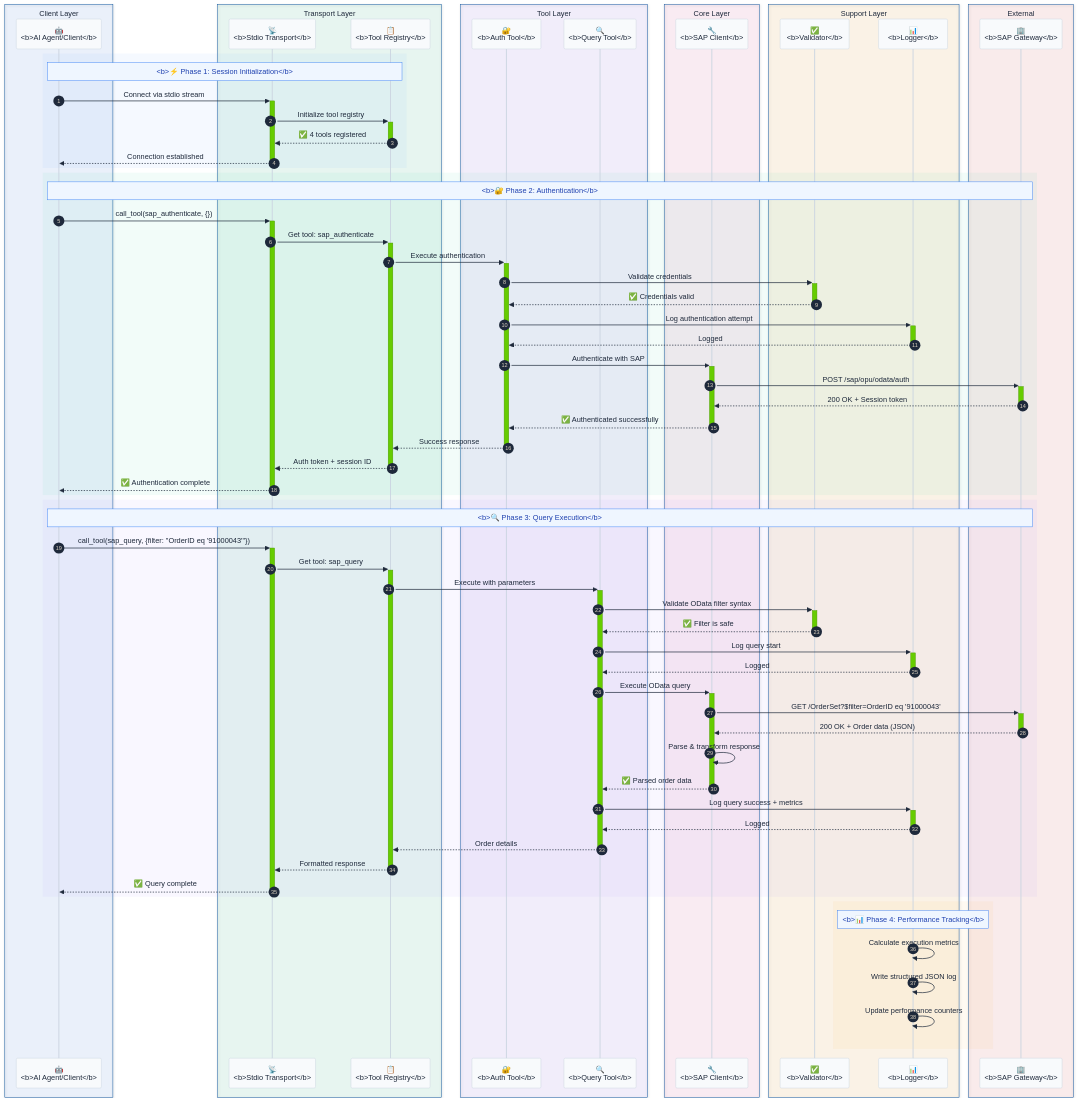
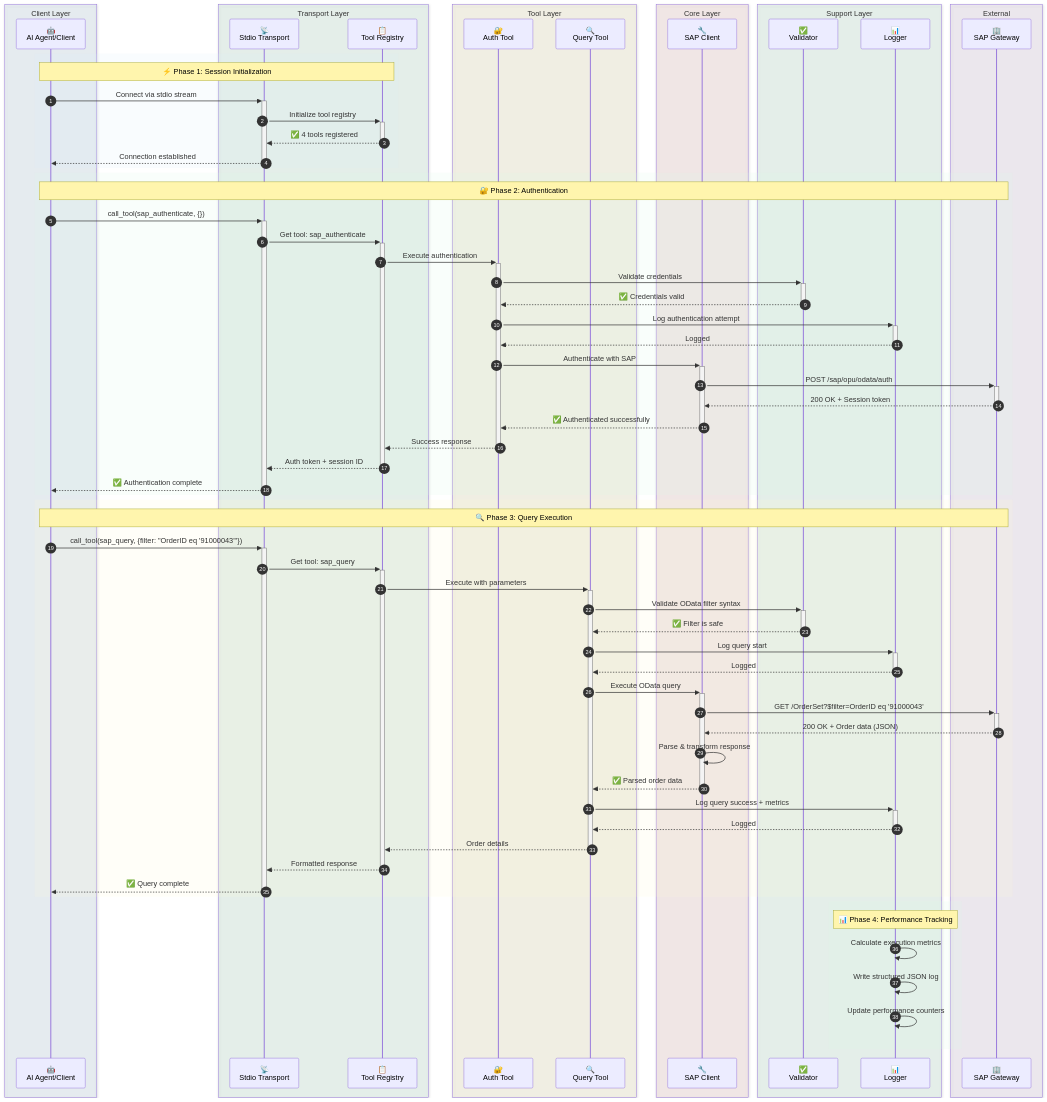
One commit to midasol/sap-mcp-server changed the third of 5 diagrams in README.md. Above: the diagram before and after it, drawn with Mermaid. The commit also changed other lines of this file, not shown here.

````diff
--- a/README.md
+++ b/README.md
@@ -174,80 +189,79 @@
 ```mermaid
-%%{init: {'theme':'base', 'themeVariables': { 'primaryColor':'#0066CC','primaryTextColor':'#1E293B','primaryBorderColor':'#004C99','lineColor':'#1E293B','fontSize':'14px','fontFamily':'system-ui, -apple-system, sans-serif','actorBkg':'#F8FAFC','actorBorder':'#CBD5E1','actorTextColor':'#1E293B','noteBkgColor':'#EFF6FF','noteBorderColor':'#3B82F6','noteTextColor':'#1E40AF','signalColor':'#1E293B','signalTextColor':'#1E293B','labelTextColor':'#1E293B'}}}%%
 sequenceDiagram
     autonumber
-    box rgba(59, 130, 246, 0.08) Client Layer
-        participant Client as 🤖<br/><b>AI Agent/Client</b>
+    box rgba(214, 234, 248, 0.3) Client Layer
+        participant Client as 🤖<br/>AI Agent/Client
     end
-    box rgba(16, 185, 129, 0.08) Transport Layer
-        participant Transport as 📡<br/><b>Stdio Transport</b>
-        participant Registry as 📋<br/><b>Tool Registry</b>
+    box rgba(213, 245, 227, 0.3) Transport Layer
+        participant Transport as 📡<br/>Stdio Transport
+        participant Registry as 📋<br/>Tool Registry
     end
-    box rgba(139, 92, 246, 0.08) Tool Layer
-        participant AuthTool as 🔐<br/><b>Auth Tool</b>
-        participant QueryTool as 🔍<br/><b>Query Tool</b>
+    box rgba(252, 243, 207, 0.3) Tool Layer
+        participant AuthTool as 🔐<br/>Auth Tool
+        participant QueryTool as 🔍<br/>Query Tool
     end
-    box rgba(236, 72, 153, 0.08) Core Layer
-        participant SAPClient as 🔧<br/><b>SAP Client</b>
+    box rgba(250, 219, 216, 0.3) Core Layer
+        participant SAPClient as 🔧<br/>SAP Client
     end
-    box rgba(245, 158, 11, 0.08) Support Layer
-        participant Validator as ✅<br/><b>Validator</b>
-        participant Logger as 📊<br/><b>Logger</b>
+    box rgba(213, 245, 227, 0.3) Support Layer
+        participant Validator as ✅<br/>Validator
+        participant Logger as 📊<br/>Logger
     end
-    box rgba(239, 68, 68, 0.08) External
-        participant SAP as 🏢<br/><b>SAP Gateway</b>
+    box rgba(235, 222, 240, 0.3) External
+        participant SAP as 🏢<br/>SAP Gateway
     end
 
-    rect rgba(59, 130, 246, 0.05)
-        Note over Client,Registry: <b>⚡ Phase 1: Session Initialization</b>
+    rect rgba(214, 234, 248, 0.15)
+        Note over Client,Registry: ⚡ Phase 1: Session Initialization
         Client->>+Transport: Connect via stdio stream
         Transport->>+Registry: Initialize tool registry
         Registry-->>-Transport: ✅ 4 tools registered
         Transport-->>-Client: Connection established
     end
 
-    rect rgba(16, 185, 129, 0.05)
-        Note over Client,SAP: <b>🔐 Phase 2: Authentication</b>
+    rect rgba(213, 245, 227, 0.15)
+        Note over Client,SAP: 🔐 Phase 2: Authentication
         Client->>+Transport: call_tool(sap_authenticate, {})
         Transport->>+Registry: Get tool: sap_authenticate
         Registry->>+AuthTool: Execute authentication
         AuthTool->>+Validator: Validate credentials
         Validator-->>-AuthTool: ✅ Credentials valid
         AuthTool->>+Logger: Log authentication attempt
         Logger-->>-AuthTool: Logged
         AuthTool->>+SAPClient: Authenticate with SAP
         SAPClient->>+SAP: POST /sap/opu/odata/auth
         SAP-->>-SAPClient: 200 OK + Session token
         SAPClient-->>-AuthTool: ✅ Authenticated successfully
         AuthTool-->>-Registry: Success response
         Registry-->>-Transport: Auth token + session ID
         Transport-->>-Client: ✅ Authentication complete
     end
 
-    rect rgba(139, 92, 246, 0.05)
-        Note over Client,SAP: <b>🔍 Phase 3: Query Execution</b>
+    rect rgba(252, 243, 207, 0.15)
+        Note over Client,SAP: 🔍 Phase 3: Query Execution
         Client->>+Transport: call_tool(sap_query, {filter: "OrderID eq '91000043'"})
         Transport->>+Registry: Get tool: sap_query
         Registry->>+QueryTool: Execute with parameters
         QueryTool->>+Validator: Validate OData filter syntax
         Validator-->>-QueryTool: ✅ Filter is safe
         QueryTool->>+Logger: Log query start
         Logger-->>-QueryTool: Logged
         QueryTool->>+SAPClient: Execute OData query
         SAPClient->>+SAP: GET /OrderSet?$filter=OrderID eq '91000043'
         SAP-->>-SAPClient: 200 OK + Order data (JSON)
         SAPClient->>SAPClient: Parse & transform response
         SAPClient-->>-QueryTool: ✅ Parsed order data
         QueryTool->>+Logger: Log query success + metrics
         Logger-->>-QueryTool: Logged
         QueryTool-->>-Registry: Order details
         Registry-->>-Transport: Formatted response
         Transport-->>-Client: ✅ Query complete
     end
 
-    rect rgba(245, 158, 11, 0.05)
-        Note over Logger: <b>📊 Phase 4: Performance Tracking</b>
+    rect rgba(213, 245, 227, 0.15)
+        Note over Logger: 📊 Phase 4: Performance Tracking
         Logger->>Logger: Calculate execution metrics
         Logger->>Logger: Write structured JSON log
         Logger->>Logger: Update performance counters
     end
 ```
````
